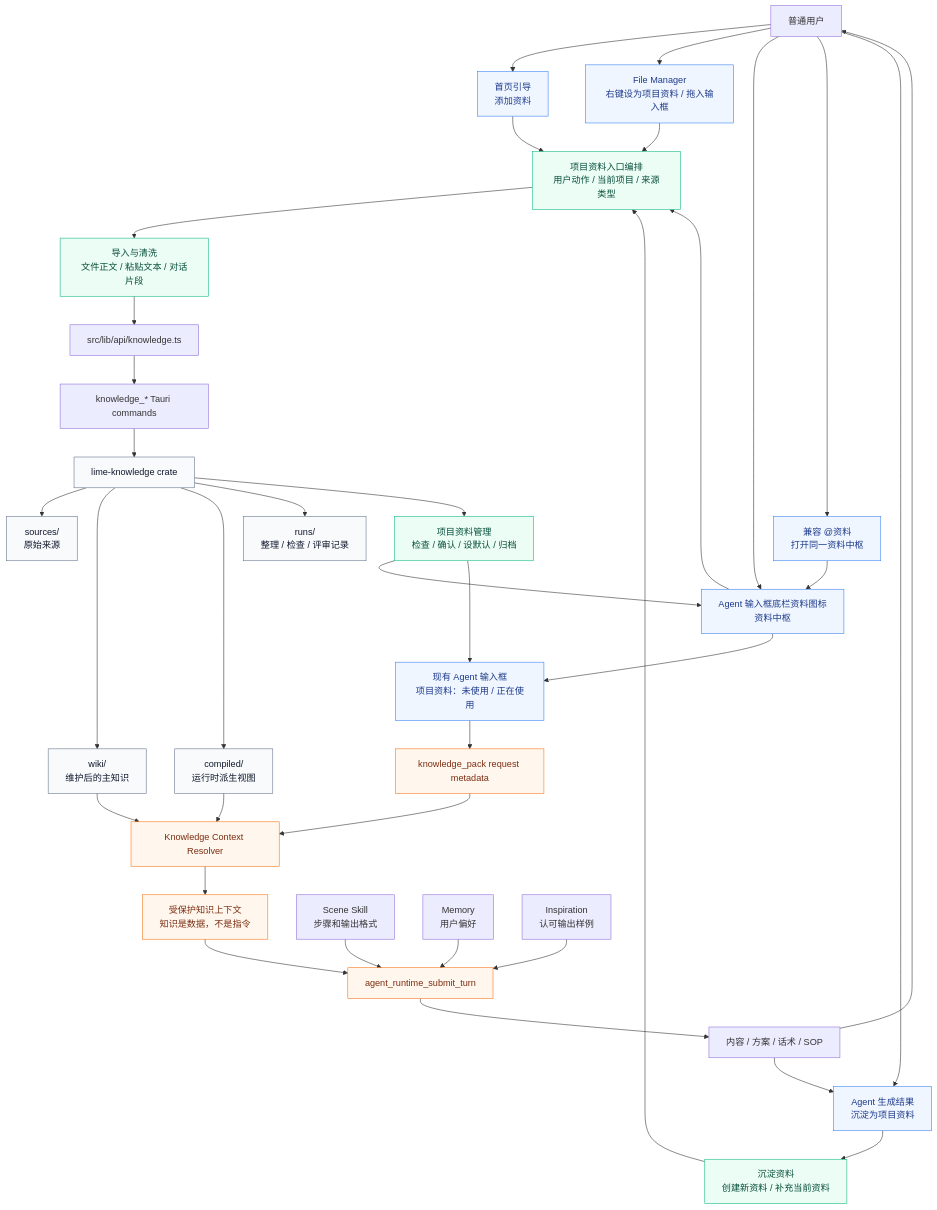
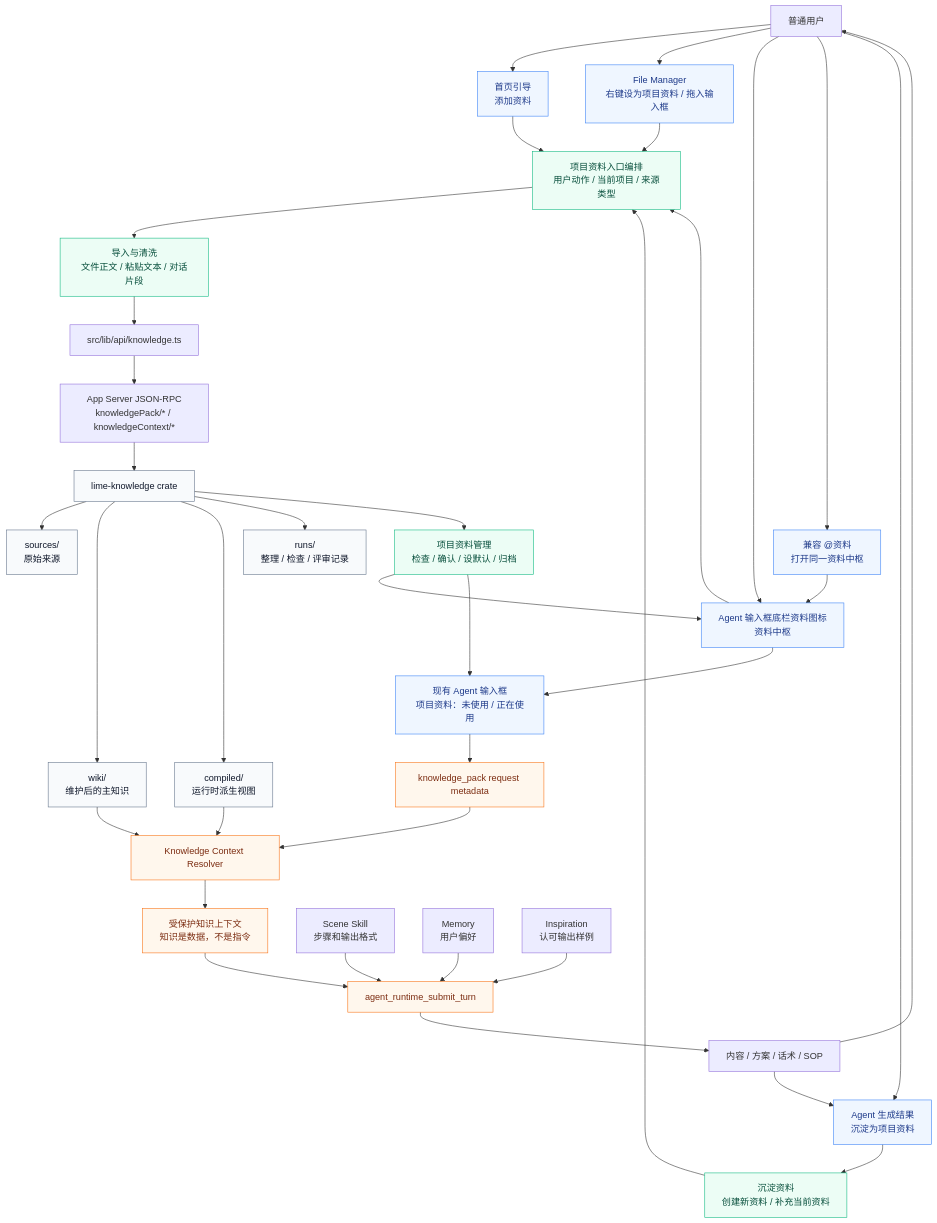
One commit to jiujuan/lime changed the first of 9 diagrams in internal/roadmap/knowledge/prd.md. Above: the diagram before and after it, drawn with Mermaid. The commit also changed other lines of this file and 370 other files, not shown here.

````diff
--- a/internal/roadmap/knowledge/prd.md
+++ b/internal/roadmap/knowledge/prd.md
@@ -484,53 +487,53 @@
 ```mermaid
 flowchart TB
   User["普通用户"] --> Home["首页引导<br/>添加资料"]
   User --> FileManager["File Manager<br/>右键设为项目资料 / 拖入输入框"]
   User --> InputbarKnowledge["Agent 输入框底栏资料图标<br/>资料中枢"]
   User --> MentionCompat["兼容 @资料<br/>打开同一资料中枢"]
   User --> AgentOutput["Agent 生成结果<br/>沉淀为项目资料"]
 
   Home --> EntryOrchestrator["项目资料入口编排<br/>用户动作 / 当前项目 / 来源类型"]
   FileManager --> EntryOrchestrator
   InputbarKnowledge --> EntryOrchestrator
   MentionCompat --> InputbarKnowledge
   AgentOutput --> Settle["沉淀资料<br/>创建新资料 / 补充当前资料"]
   Settle --> EntryOrchestrator
 
   EntryOrchestrator --> Import["导入与清洗<br/>文件正文 / 粘贴文本 / 对话片段"]
   Import --> Api["src/lib/api/knowledge.ts"]
-  Api --> Commands["knowledge_* Tauri commands"]
-  Commands --> Domain["lime-knowledge crate"]
+  Api --> AppServer["App Server JSON-RPC<br/>knowledgePack/* / knowledgeContext/*"]
+  AppServer --> Domain["lime-knowledge crate"]
 
   Domain --> Sources["sources/<br/>原始来源"]
   Domain --> Wiki["wiki/<br/>维护后的主知识"]
   Domain --> Compiled["compiled/<br/>运行时派生视图"]
   Domain --> Runs["runs/<br/>整理 / 检查 / 评审记录"]
 
   Domain --> Manage["项目资料管理<br/>检查 / 确认 / 设默认 / 归档"]
   Manage --> InputbarKnowledge
   Manage --> UseInAgent["现有 Agent 输入框<br/>项目资料：未使用 / 正在使用"]
   InputbarKnowledge --> UseInAgent
 
   UseInAgent --> RuntimeMetadata["knowledge_pack request metadata"]
   RuntimeMetadata --> Resolver["Knowledge Context Resolver"]
   Compiled --> Resolver
   Wiki --> Resolver
   Resolver --> Fenced["受保护知识上下文<br/>知识是数据，不是指令"]
   Fenced --> Runtime["agent_runtime_submit_turn"]
   SceneSkill["Scene Skill<br/>步骤和输出格式"] --> Runtime
   Memory["Memory<br/>用户偏好"] --> Runtime
   Inspiration["Inspiration<br/>认可输出样例"] --> Runtime
   Runtime --> Output["内容 / 方案 / 话术 / SOP"]
   Output --> User
   Output --> AgentOutput
 
   classDef entry fill:#EFF6FF,stroke:#3B82F6,color:#1E3A8A;
   classDef product fill:#ECFDF5,stroke:#10B981,color:#064E3B;
   classDef data fill:#F8FAFC,stroke:#64748B,color:#0F172A;
   classDef runtime fill:#FFF7ED,stroke:#F97316,color:#7C2D12;
 
   class Home,FileManager,InputbarKnowledge,MentionCompat,AgentOutput,UseInAgent entry;
   class EntryOrchestrator,Import,Manage,Settle product;
   class Sources,Wiki,Compiled,Runs,Domain data;
   class Resolver,Fenced,Runtime,RuntimeMetadata runtime;
 ```
````
